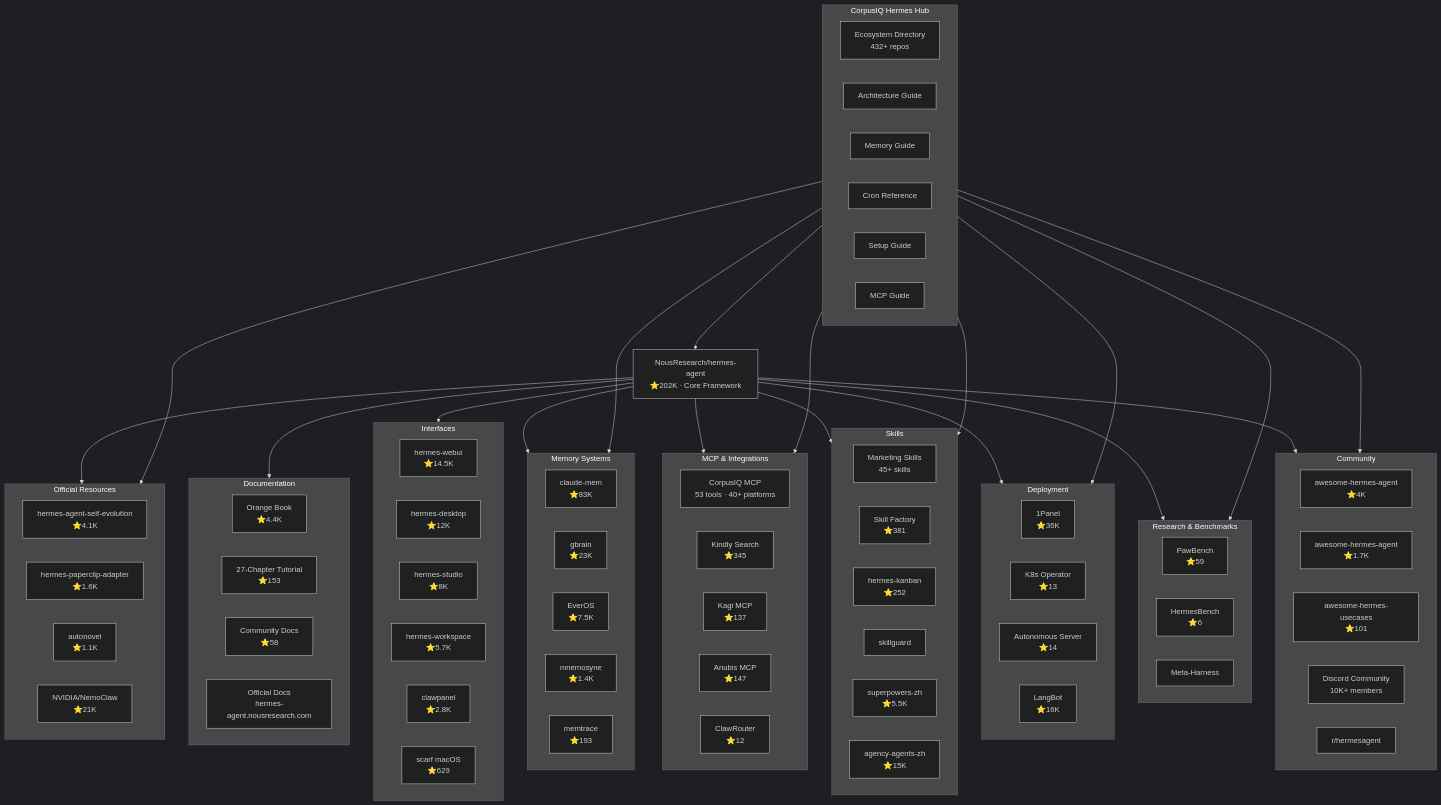
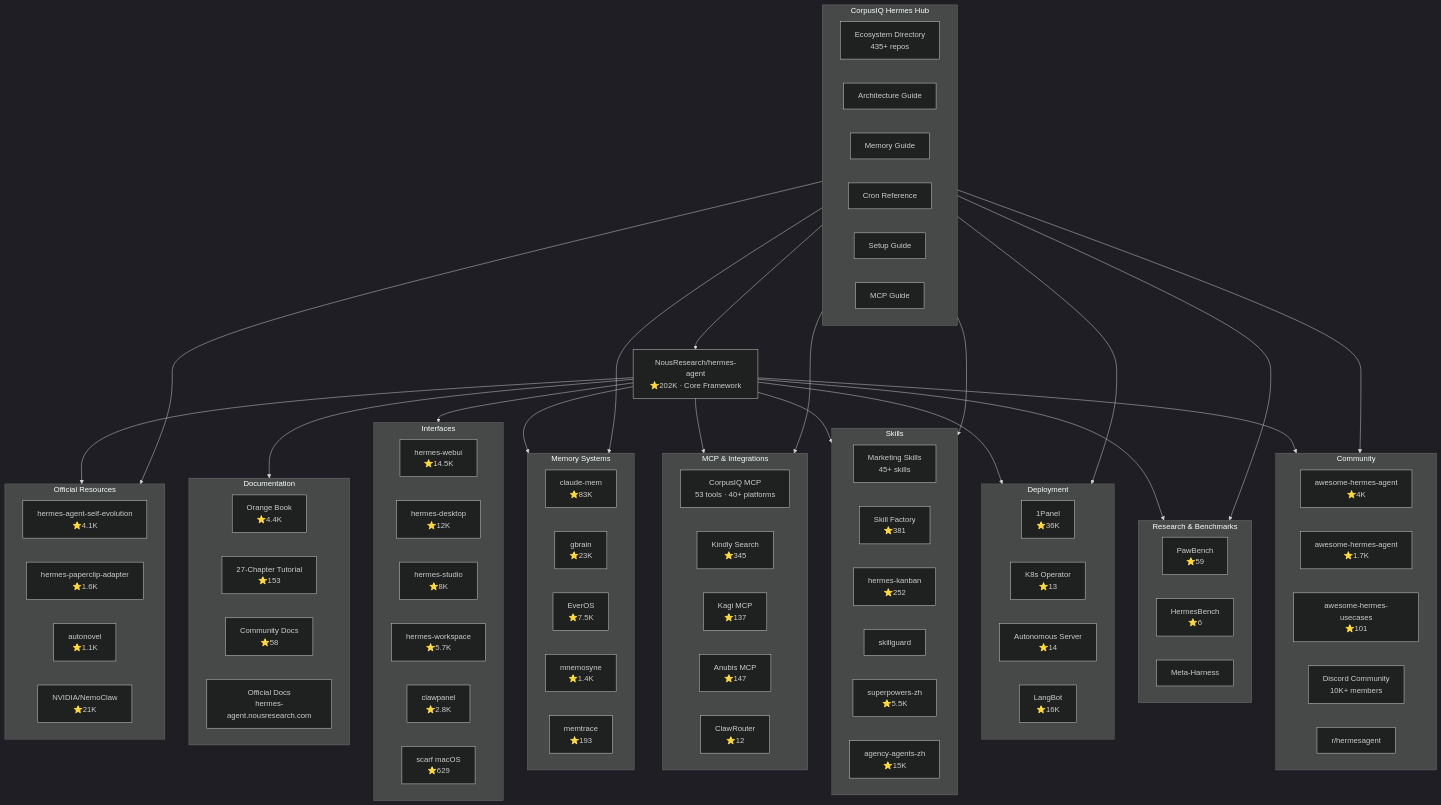
Before and after one commit to CorpusIQ/corpusiq-docs: the first of 4 diagrams in hermes/ecosystem-map.md, drawn with Mermaid (dark theme). The commit also changed other lines of this file and 10 other files, not shown here.

First line of the commit message:
ecosystem: list three verified repos, disclose archived Bot Mode, derive both contributor pages

```diff
--- a/hermes/ecosystem-map.md
+++ b/hermes/ecosystem-map.md
@@ -88,7 +88,7 @@
     end
 
     subgraph CORPUSIQ_HUB[CorpusIQ Hermes Hub]
-        ECOSYSTEM[Ecosystem Directory<br/>432+ repos]
+        ECOSYSTEM[Ecosystem Directory<br/>435+ repos]
         ARCHITECTURE[Architecture Guide]
         KNOWLEDGE[Memory Guide]
         CRONS[Cron Reference]
```
